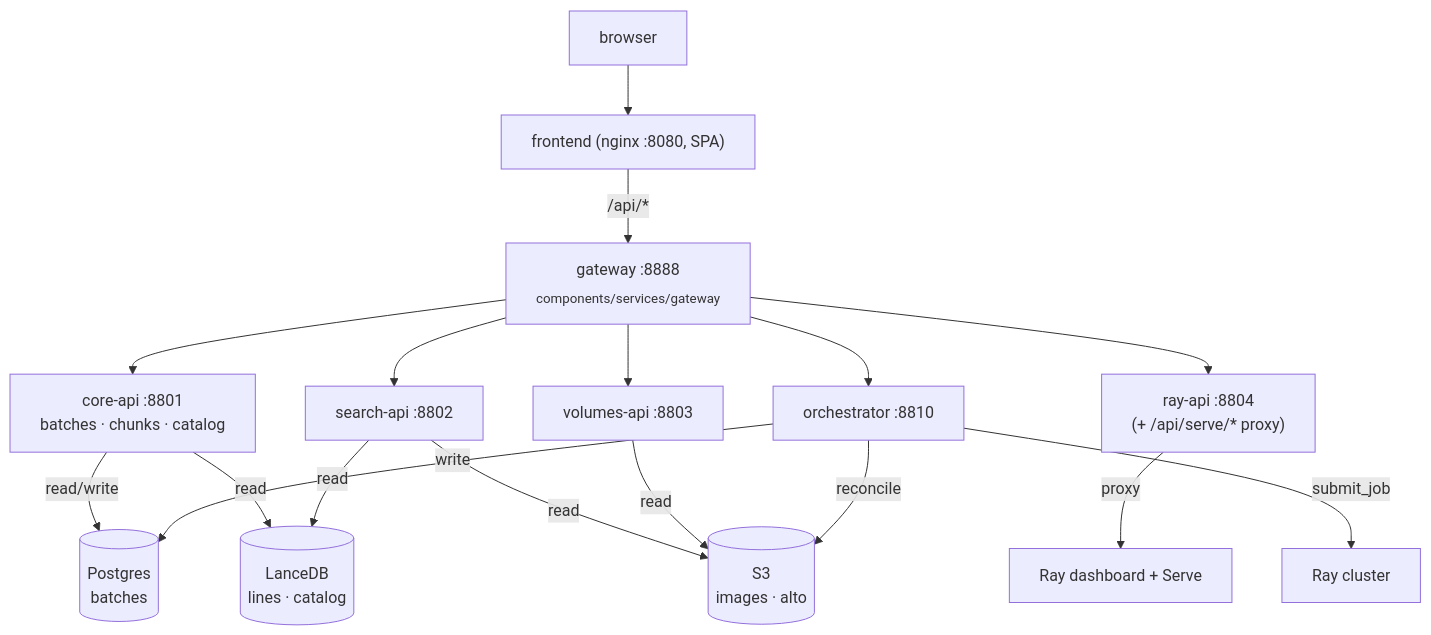
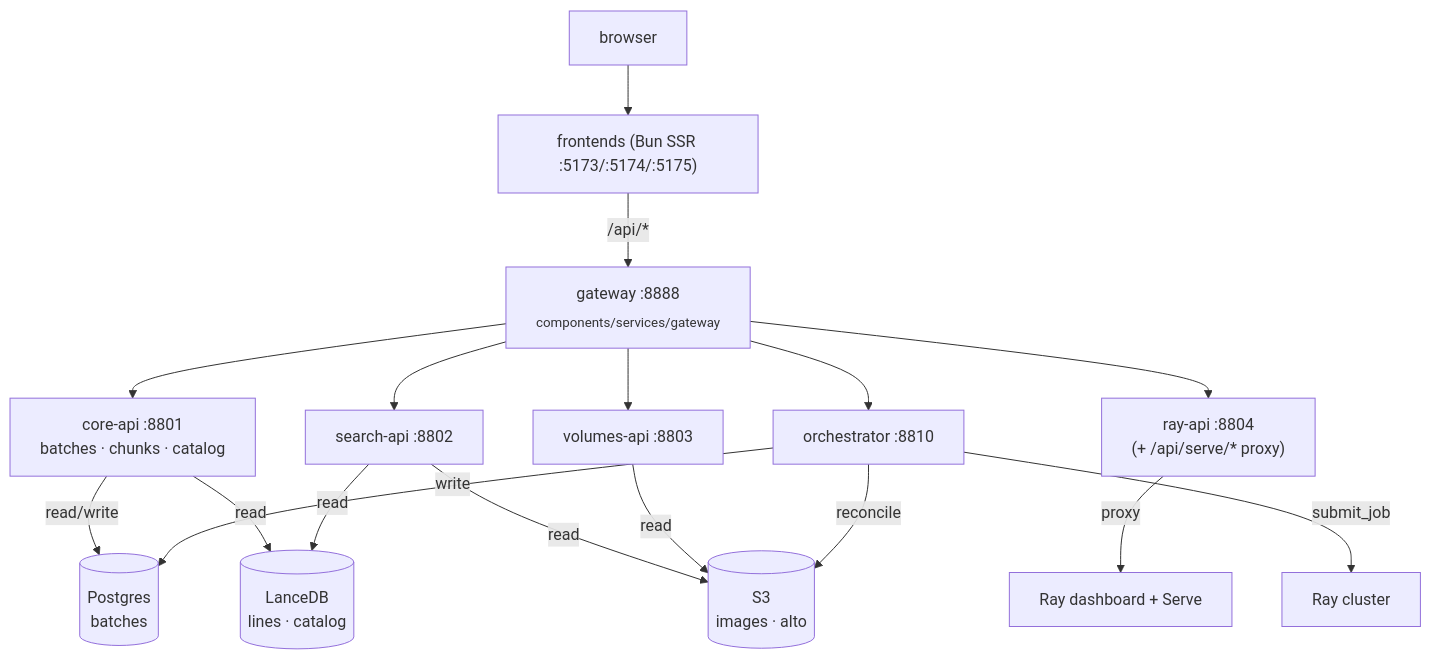
The diagram in docs/architecture/microservices.md (AI-Riksarkivet/rask), drawn with Mermaid before and after one commit. The commit also changed other lines of this file and 20 other files, not shown here.

````diff
--- a/docs/architecture/microservices.md
+++ b/docs/architecture/microservices.md
@@ -53,20 +53,20 @@
 ```mermaid
 flowchart TD
-    browser["browser"] --> fe["frontend (nginx :8080, SPA)"]
+    browser["browser"] --> fe["frontends (Bun SSR :5173/:5174/:5175)"]
     fe -->|/api/*| gw["gateway :8888<br/><sub>components/services/gateway</sub>"]
     gw --> core["core-api :8801<br/>batches · chunks · catalog"]
     gw --> search["search-api :8802"]
     gw --> volumes["volumes-api :8803"]
     gw --> rayapi["ray-api :8804<br/>(+ /api/serve/* proxy)"]
     gw --> orch["orchestrator :8810"]
 
     core -->|read/write| pg[("Postgres<br/>batches")]
     core -->|read| lance[("LanceDB<br/>lines · catalog")]
     search -->|read| lance
     search -->|read| s3[("S3<br/>images · alto")]
     volumes -->|read| s3
     rayapi -->|proxy| raydash["Ray dashboard + Serve"]
     orch -->|write| pg
     orch -->|reconcile| s3
     orch -->|submit_job| ray["Ray cluster"]
 ```
````
